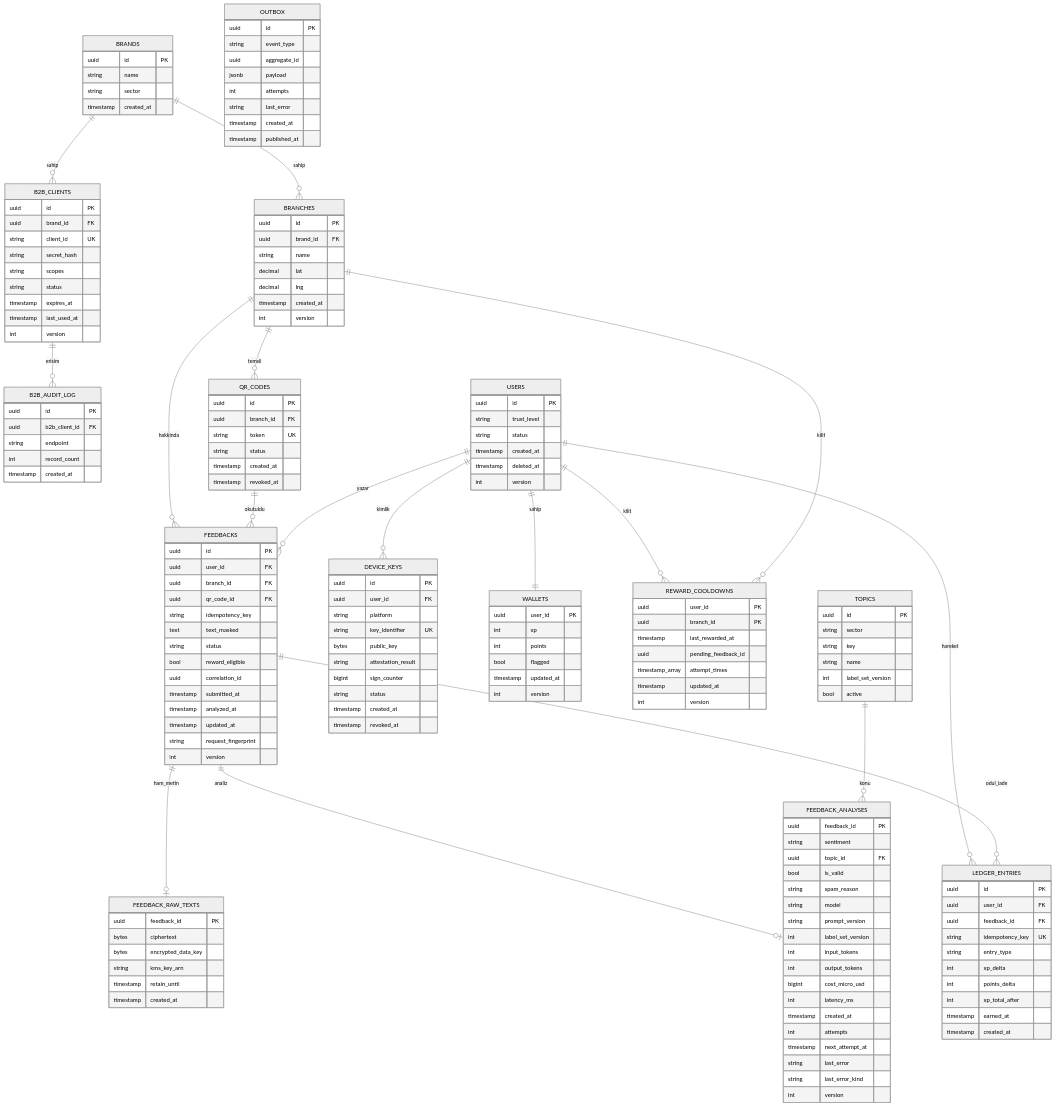
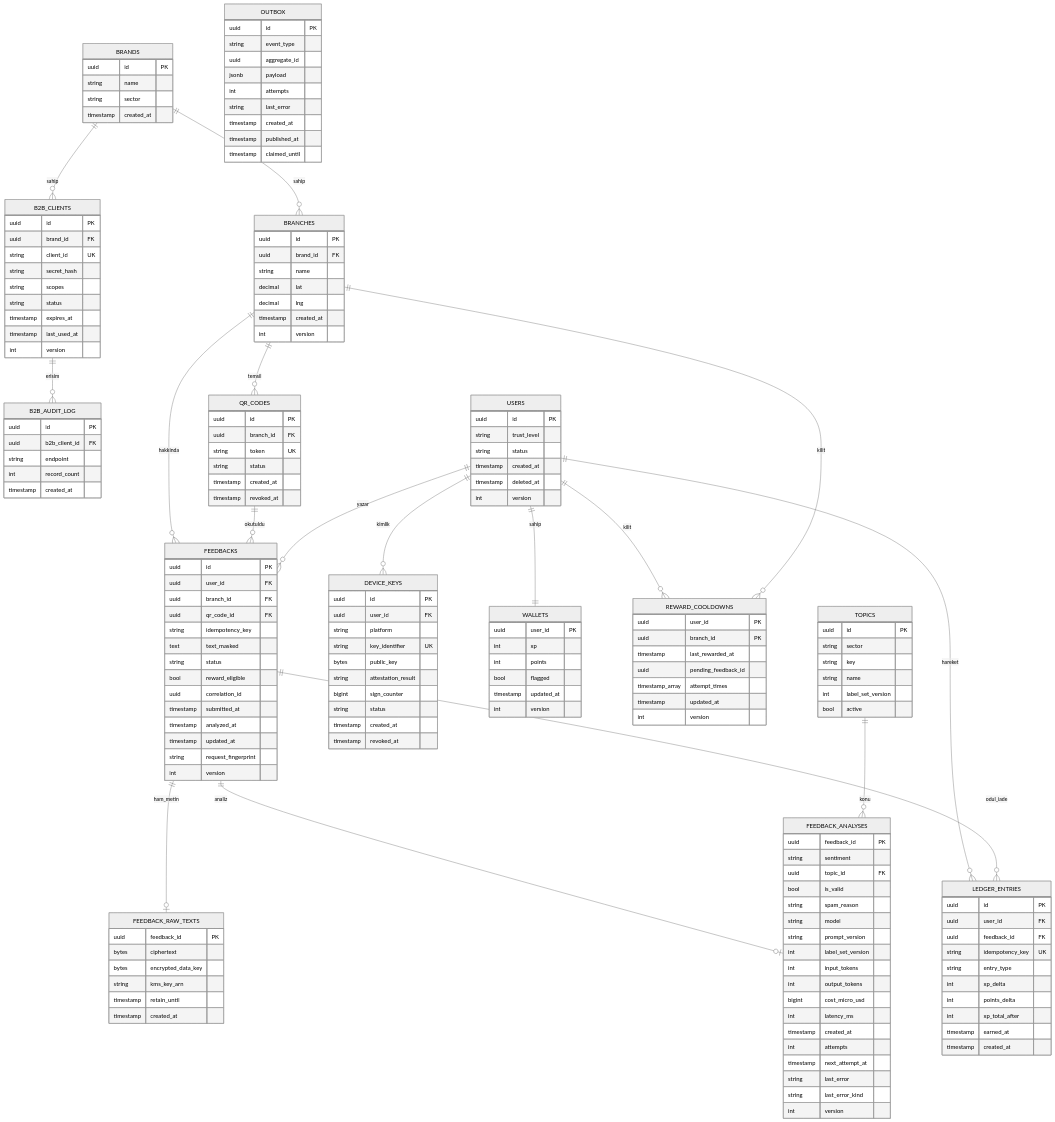
The second of 3 diagrams in docs/02-yazilim-tasarim-dokumani-SDD.md (dev-murchi/gemified-feedback-loyalty-project-demo), drawn with Mermaid (neutral theme) before and after one commit. The commit also changed other lines of this file and 71 other files, not shown here.

```diff
--- a/docs/02-yazilim-tasarim-dokumani-SDD.md
+++ b/docs/02-yazilim-tasarim-dokumani-SDD.md
@@ -318,6 +319,7 @@
     string last_error
     timestamp created_at
     timestamp published_at
+    timestamp claimed_until
   }
   B2B_CLIENTS {
     uuid id PK
```
